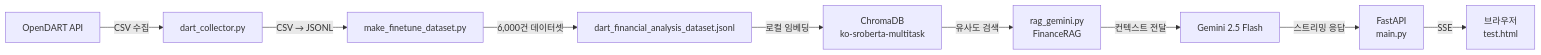
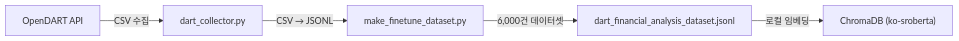
One commit to duseh729/stock-agent changed the first of 2 diagrams in README.md. Above: the diagram before and after it, drawn with Mermaid. The commit also changed other lines of this file and 1 other file, not shown here.

Commit message:
feat: 금융 데이터 분석 신뢰도 향상을 위한 에이전틱 RAG 고도화 - LangGraph를 활용한 답변 자가 검증 프로세스 구현 - 부적합한 검색 결과 발생 시 최대 3회 자동 재시도 루프 적용 - LLM 채점관(Grader)을 통한 데이터 품질 관리 단계 추가 - 답변 생성 전 데이터 검증을 통해 환각(Hallucination) 방지

````diff
--- a/README.md
+++ b/README.md
@@ -95,12 +98,7 @@
 ```mermaid
 graph LR
     A[OpenDART API] -->|CSV 수집| B[dart_collector.py]
     B -->|CSV → JSONL| C[make_finetune_dataset.py]
     C -->|6,000건 데이터셋| D[dart_financial_analysis_dataset.jsonl]
-
-    D -->|로컬 임베딩| E[ChromaDB<br/>ko-sroberta-multitask]
-    E -->|유사도 검색| F[rag_gemini.py<br/>FinanceRAG]
-    F -->|컨텍스트 전달| G[Gemini 2.5 Flash]
-    G -->|스트리밍 응답| H[FastAPI<br/>main.py]
-    H -->|SSE| I[브라우저<br/>test.html]
+    D -->|로컬 임베딩| E["ChromaDB (ko-sroberta)"]
 ```
````
